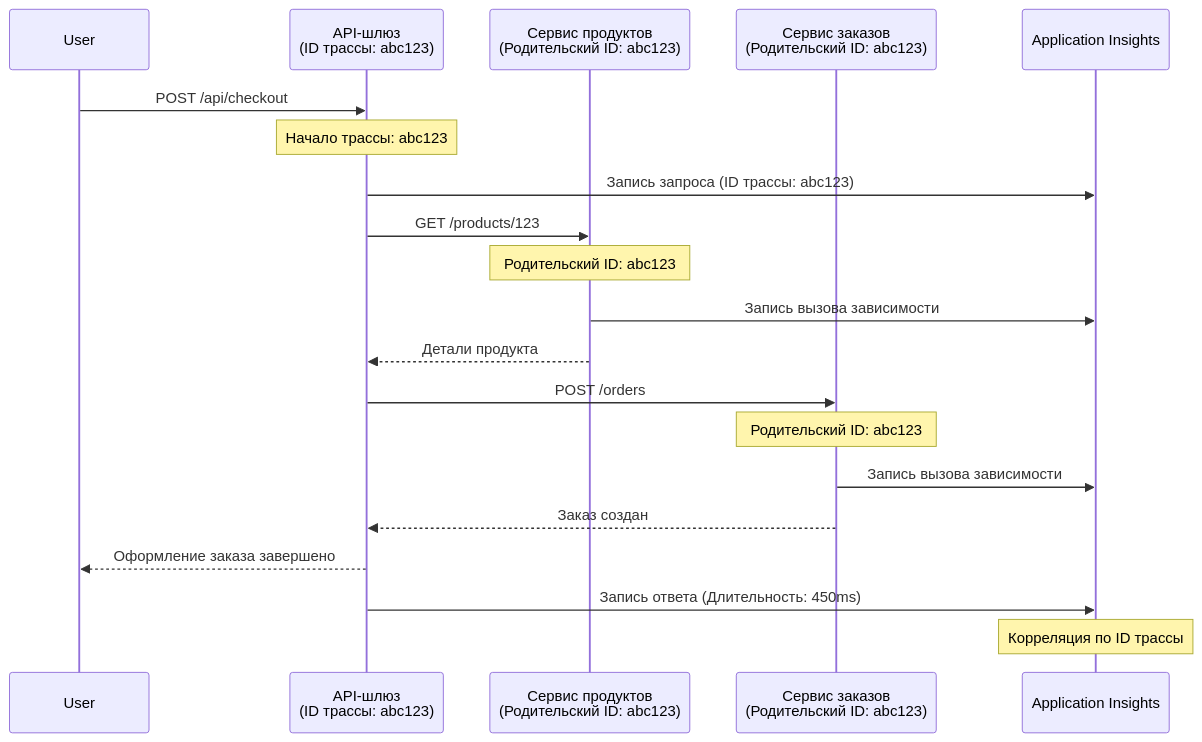
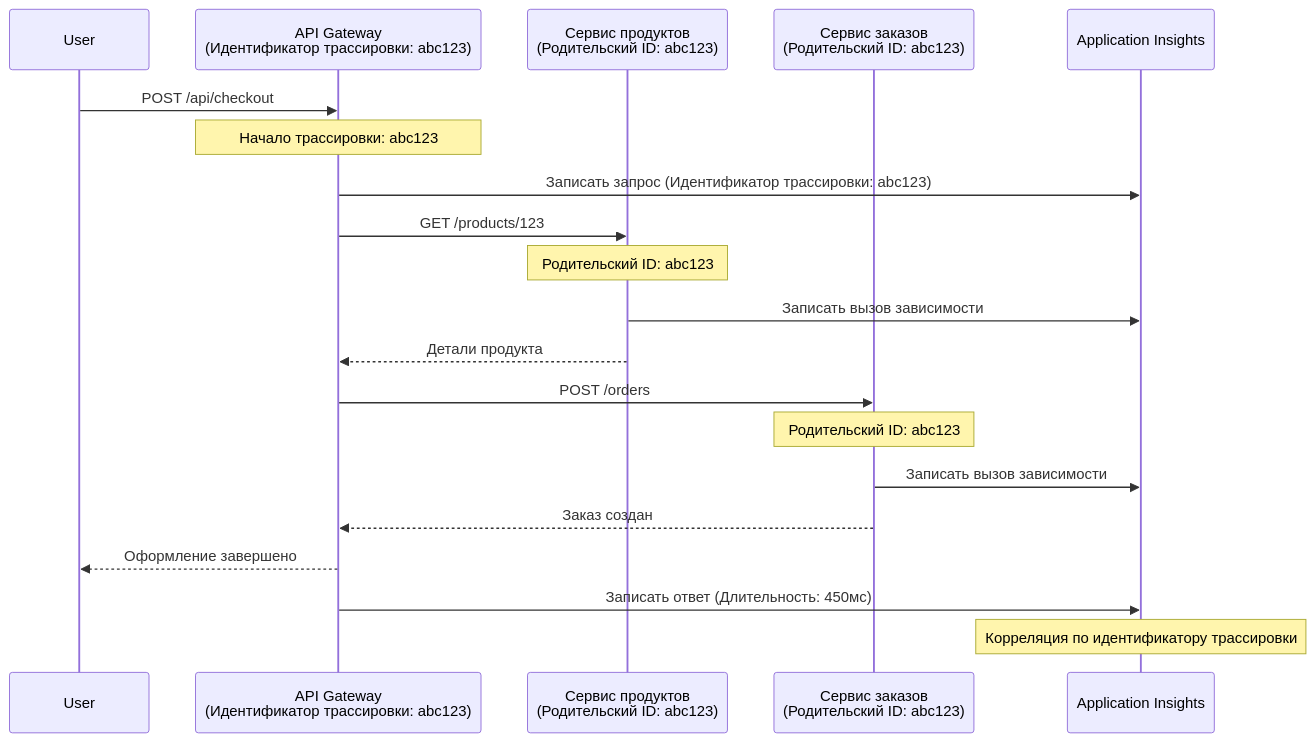
One commit to microsoft/AZD-for-beginners changed the second of 2 diagrams in translations/ru/docs/chapter-06-pre-deployment/application-insights.md. Above: the diagram before and after it, drawn with Mermaid. The commit also changed other lines of this file and 101 other files, not shown here.

````diff
--- a/translations/ru/docs/chapter-06-pre-deployment/application-insights.md
+++ b/translations/ru/docs/chapter-06-pre-deployment/application-insights.md
@@ -744,27 +744,27 @@
 ```mermaid
 sequenceDiagram
     participant User
-    participant Gateway as API-шлюз<br/>(ID трассы: abc123)
+    participant Gateway as API Gateway<br/>(Идентификатор трассировки: abc123)
     participant Product as Сервис продуктов<br/>(Родительский ID: abc123)
     participant Order as Сервис заказов<br/>(Родительский ID: abc123)
     participant AppInsights as Application Insights
     
     User->>Gateway: POST /api/checkout
-    Note over Gateway: Начало трассы: abc123
-    Gateway->>AppInsights: Запись запроса (ID трассы: abc123)
+    Note over Gateway: Начало трассировки: abc123
+    Gateway->>AppInsights: Записать запрос (Идентификатор трассировки: abc123)
     
     Gateway->>Product: GET /products/123
     Note over Product: Родительский ID: abc123
-    Product->>AppInsights: Запись вызова зависимости
+    Product->>AppInsights: Записать вызов зависимости
     Product-->>Gateway: Детали продукта
     
     Gateway->>Order: POST /orders
     Note over Order: Родительский ID: abc123
-    Order->>AppInsights: Запись вызова зависимости
+    Order->>AppInsights: Записать вызов зависимости
     Order-->>Gateway: Заказ создан
     
-    Gateway-->>User: Оформление заказа завершено
-    Gateway->>AppInsights: Запись ответа (Длительность: 450ms)
+    Gateway-->>User: Оформление завершено
+    Gateway->>AppInsights: Записать ответ (Длительность: 450мс)
     
-    Note over AppInsights: Корреляция по ID трассы
+    Note over AppInsights: Корреляция по идентификатору трассировки
 ```
````
